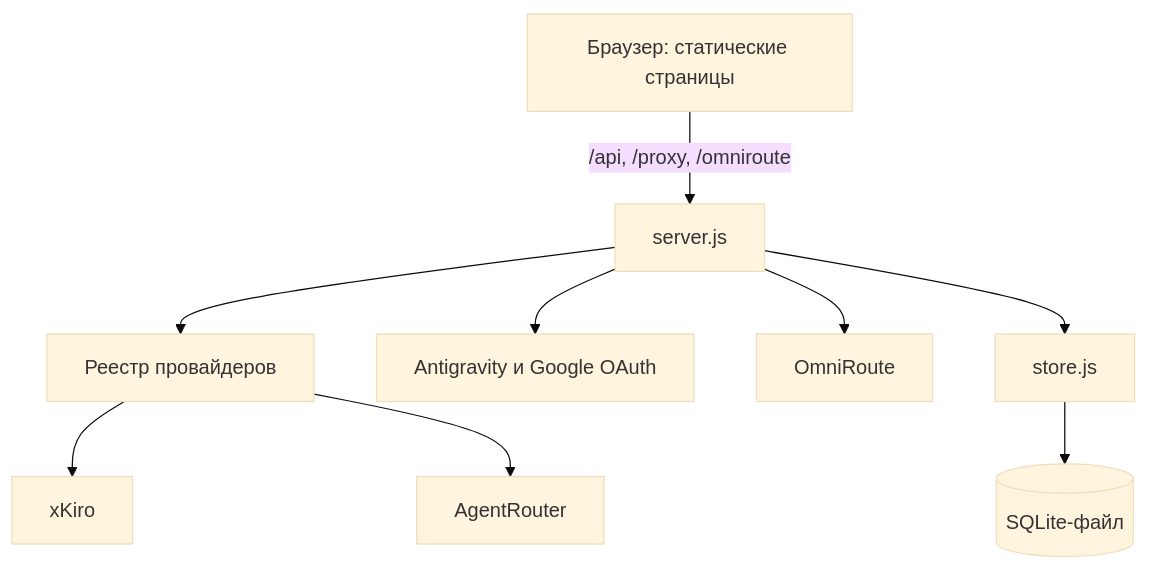
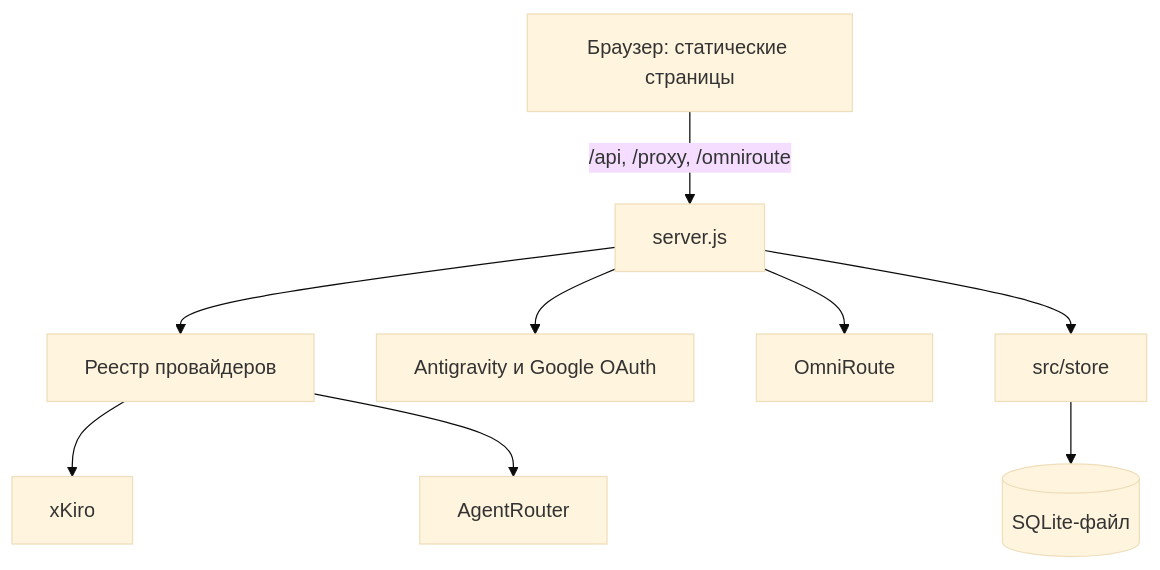
Before and after one commit to ak-flash/ai-panel-omniroute: the diagram in README.md, drawn with Mermaid (base theme). The commit also changed other lines of this file and 60 other files, not shown here.

First line of the commit message:
Refactor application architecture

````diff
--- a/README.md
+++ b/README.md
@@ -100,11 +120,11 @@
 ```mermaid
 flowchart TD
     B[Браузер: статические страницы] -->|/api, /proxy, /omniroute| S[server.js]
     S --> R[Реестр провайдеров]
     R --> X[xKiro]
     R --> A[AgentRouter]
     S --> G[Antigravity и Google OAuth]
     S --> O[OmniRoute]
-    S --> V[store.js]
+    S --> V[src/store]
     V --> D[(SQLite-файл)]
 ```
````
